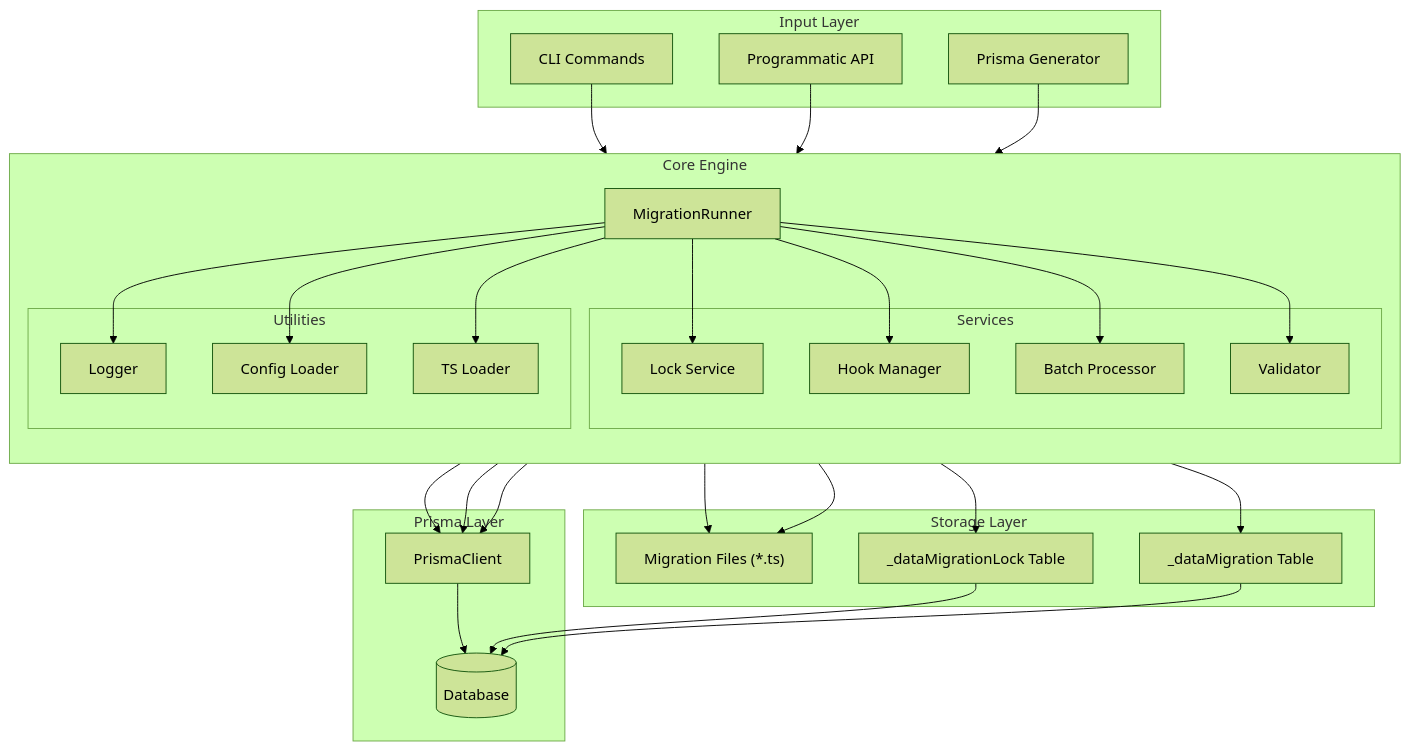
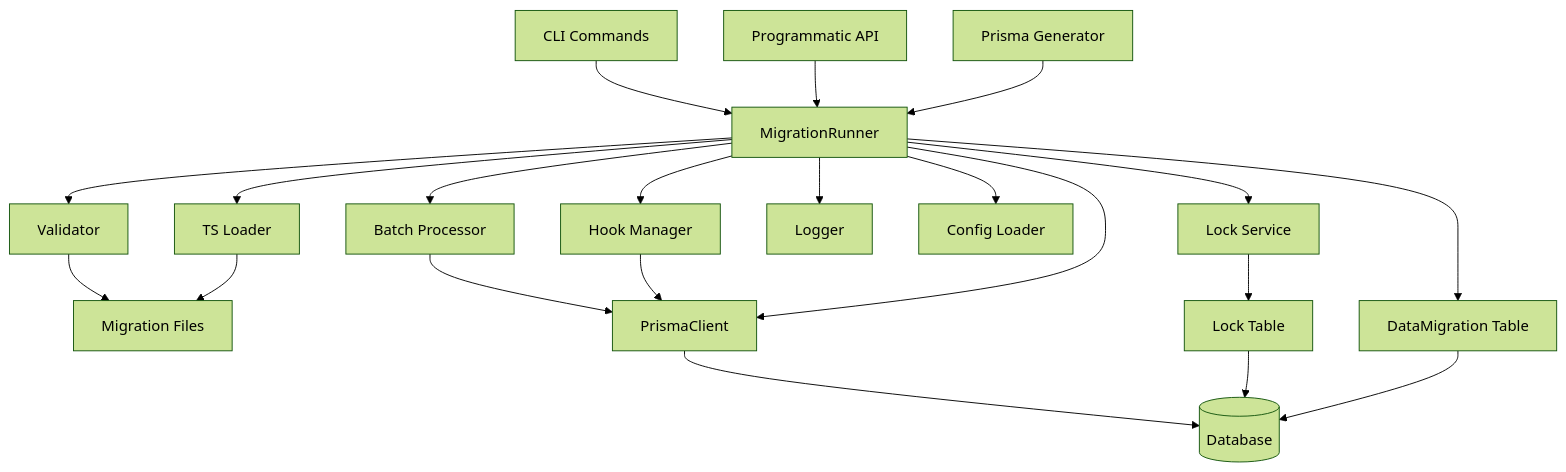
The first of 5 diagrams in docs/architecture.md (eftech93/prisma-shift), drawn with Mermaid (forest theme) before and after one commit. The commit also changed 5 other files, not shown here.

````diff
--- a/docs/architecture.md
+++ b/docs/architecture.md
@@ -9,63 +9,44 @@
 ```mermaid
 flowchart TB
-    subgraph Input["Input Layer"]
-        CLI["CLI Commands"]
-        API["Programmatic API"]
-        GEN["Prisma Generator"]
-    end
-    
-    subgraph Core["Core Engine"]
-        direction TB
-        RUNNER["MigrationRunner"]
-        
-        subgraph Services["Services"]
-            LOCK["Lock Service"]
-            HOOKS["Hook Manager"]
-            BATCH["Batch Processor"]
-            VAL["Validator"]
-        end
-        
-        subgraph Utils["Utilities"]
-            LOG["Logger"]
-            CONF["Config Loader"]
-            TS["TS Loader"]
-        end
-    end
-    
-    subgraph Storage["Storage Layer"]
-        FILES["Migration Files (*.ts)"]
-        META["_dataMigration Table"]
-        LOCKT["_dataMigrationLock Table"]
-    end
-    
-    subgraph Prisma["Prisma Layer"]
-        CLIENT["PrismaClient"]
-        DB[(Database)]
-    end
+    CLI[CLI Commands]
+    API[Programmatic API]
+    GEN[Prisma Generator]
+    RUNNER[MigrationRunner]
+    LOCK[Lock Service]
+    HOOKS[Hook Manager]
+    BATCH[Batch Processor]
+    VAL[Validator]
+    LOG[Logger]
+    CONF[Config Loader]
+    TS[TS Loader]
+    FILES[Migration Files]
+    META[DataMigration Table]
+    LOCKT[Lock Table]
+    CLIENT[PrismaClient]
+    DB[(Database)]
     
     CLI --> RUNNER
     API --> RUNNER
     GEN --> RUNNER
     
     RUNNER --> LOCK
     RUNNER --> HOOKS
     RUNNER --> BATCH
     RUNNER --> VAL
-    
     RUNNER --> LOG
     RUNNER --> CONF
     RUNNER --> TS
+    RUNNER --> META
     
     LOCK --> LOCKT
     VAL --> FILES
     TS --> FILES
-    RUNNER --> META
     
     BATCH --> CLIENT
     HOOKS --> CLIENT
     RUNNER --> CLIENT
     
     CLIENT --> DB
     LOCKT --> DB
     META --> DB
 ```
````
